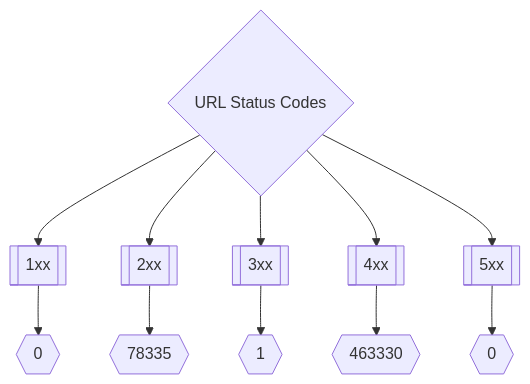
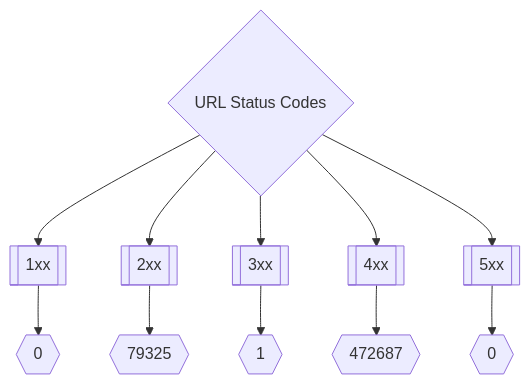
Before and after one commit to trickest/inventory: the second of 3 diagrams in README.md, drawn with Mermaid. The commit also changed other lines of this file, not shown here.

Commit message:
Update README.md Thu May 26 14:38:13 UTC 2022

````diff
--- a/README.md
+++ b/README.md
@@ -173,8 +173,8 @@
 ```mermaid
 graph TD
 title{URL Status Codes} --> 1xx[[1xx]] --> status1xxNum{{0}}
-title --> 2xx[[2xx]] --> status2xxNum{{78335}}
+title --> 2xx[[2xx]] --> status2xxNum{{79325}}
 title --> 3xx[[3xx]] --> status3xxNum{{1}}
-title --> 4xx[[4xx]] --> status4xxNum{{463330}}
+title --> 4xx[[4xx]] --> status4xxNum{{472687}}
 title --> 5xx[[5xx]] --> status5xxNum{{0}}
 ```
````
